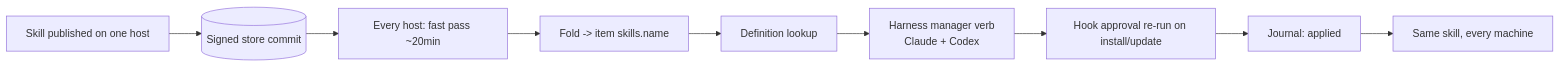
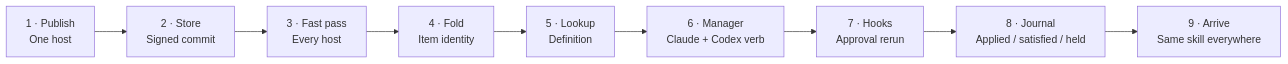
Before and after one commit to novotnyllc/railyard: the diagram in site/src/diagrams/m7-skill-sync.mmd, drawn with Mermaid. The commit also changed 35 other files, not shown here.

First line of the commit message:
docs: narrative stage 2 — sequence-narrative diagrams

```diff
--- a/site/src/diagrams/m7-skill-sync.mmd
+++ b/site/src/diagrams/m7-skill-sync.mmd
@@ -1,9 +1,11 @@
 flowchart LR
-    A[Skill published on one host] --> B[(Signed store commit)]
-    B --> C[Every host: fast pass ~20min]
-    C --> D[Fold -> item skills.name]
-    D --> E[Definition lookup]
-    E --> F[Harness manager verb\nClaude + Codex]
-    F --> G[Hook approval re-run on install/update]
-    G --> H[Journal: applied]
-    H --> I[Same skill, every machine]
+    accTitle: M7 skill sync sequence
+    accDescr: One host publishes a skill into signed history; every receiving host runs a fast pass, folds the item, looks up its definition, invokes the owning harness manager, reruns hook approval, journals the result, and arrives at the same skill identity.
+    A["1 · Publish<br/>One host"] --> B["2 · Store<br/>Signed commit"]
+    B --> C["3 · Fast pass<br/>Every host"]
+    C --> D["4 · Fold<br/>Item identity"]
+    D --> E["5 · Lookup<br/>Definition"]
+    E --> F["6 · Manager<br/>Claude + Codex verb"]
+    F --> G["7 · Hooks<br/>Approval rerun"]
+    G --> H["8 · Journal<br/>Applied / satisfied / held"]
+    H --> I["9 · Arrive<br/>Same skill everywhere"]
```
